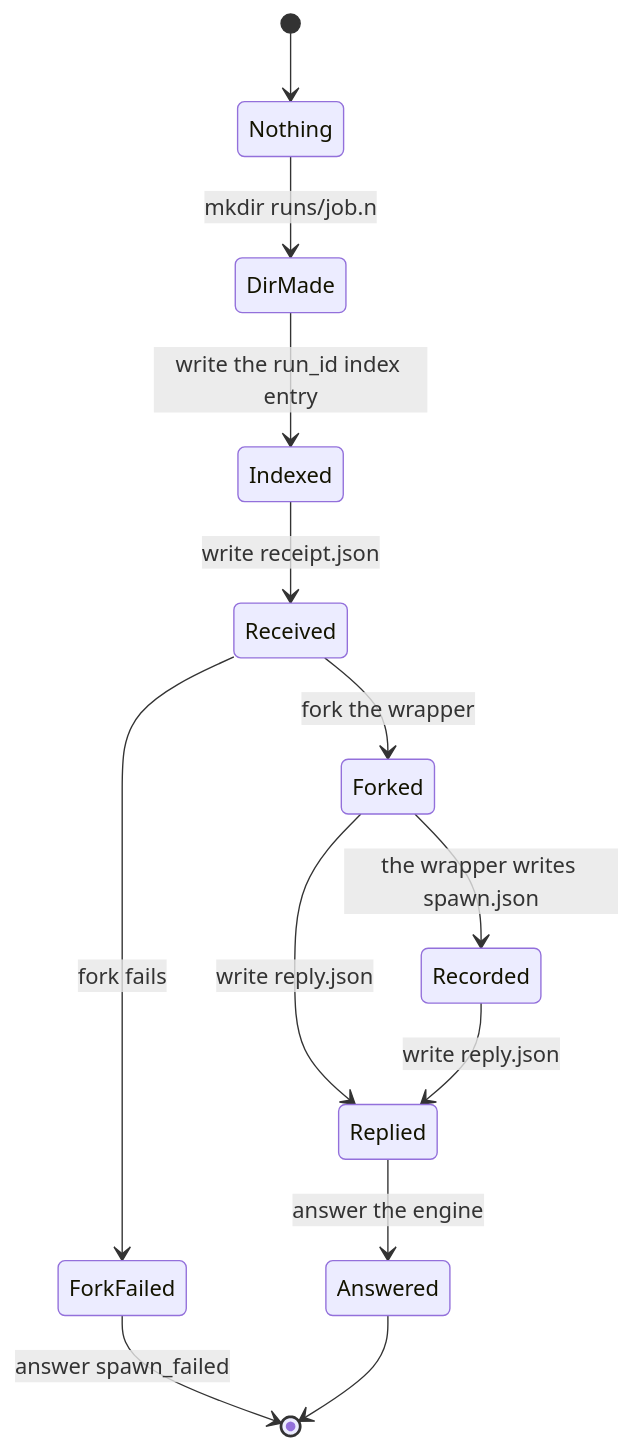
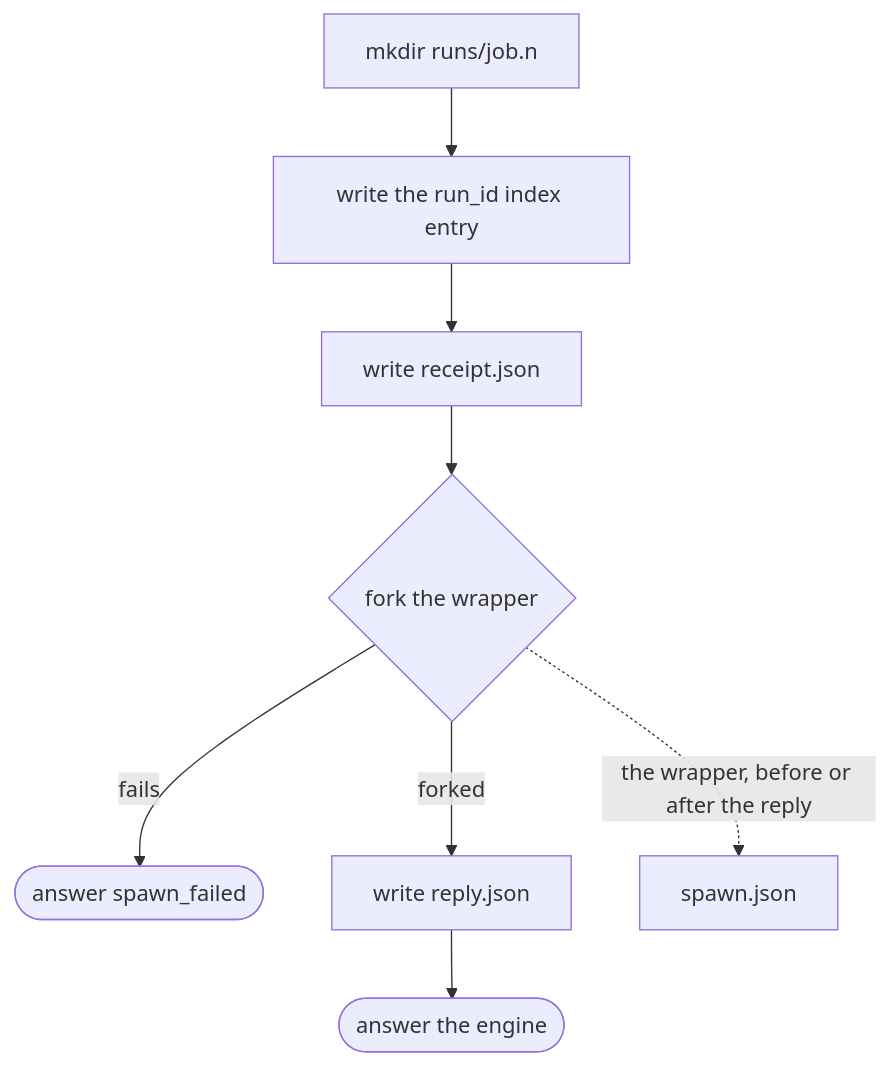
The diagram in docs/blocks/spawn-idempotency.md (mrbald/dsl41), drawn with Mermaid before and after one commit. The commit also changed other lines of this file and 19 other files, not shown here.

Commit message:
DL-302: block cards link the generated state machines; a state diagram appears only where a declared machine backs it

````diff
--- a/docs/blocks/spawn-idempotency.md
+++ b/docs/blocks/spawn-idempotency.md
@@ -30,15 +31,10 @@
 ```mermaid
-stateDiagram-v2
-    [*] --> Nothing
-    Nothing --> DirMade: mkdir runs/job.n
-    DirMade --> Indexed: write the run_id index entry
-    Indexed --> Received: write receipt.json
-    Received --> Forked: fork the wrapper
-    Received --> ForkFailed: fork fails
-    ForkFailed --> [*]: answer spawn_failed
-    Forked --> Recorded: the wrapper writes spawn.json
-    Forked --> Replied: write reply.json
-    Recorded --> Replied: write reply.json
-    Replied --> Answered: answer the engine
-    Answered --> [*]
+flowchart TD
+    mkdir["mkdir runs/job.n"] --> index["write the run_id index entry"]
+    index --> receipt["write receipt.json"]
+    receipt --> fork{"fork the wrapper"}
+    fork -->|"fails"| failed(["answer spawn_failed"])
+    fork -->|"forked"| reply["write reply.json"]
+    fork -.->|"the wrapper, before or after the reply"| spawnjson["spawn.json"]
+    reply --> answer(["answer the engine"])
 ```
````
